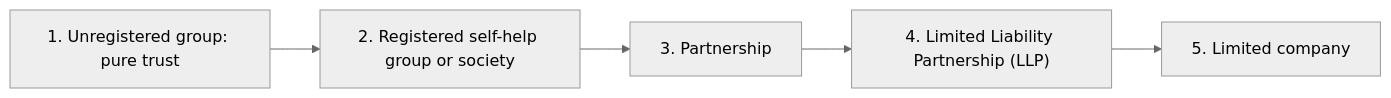
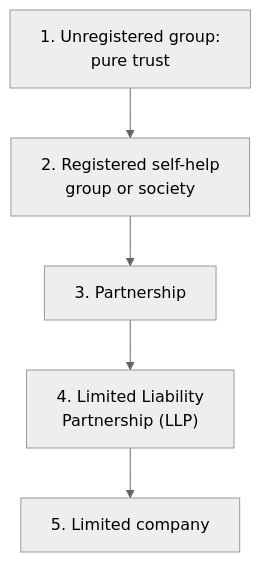
The diagram in Bengula-Jacob/content/investing/complete-chama-guide-kenya.md (bengula/BengulaLive), drawn with Mermaid (neutral theme) before and after one commit. The commit also changed 12 other files, not shown here.

Commit message:
improved mermaid syntax

````diff
--- a/Bengula-Jacob/content/investing/complete-chama-guide-kenya.md
+++ b/Bengula-Jacob/content/investing/complete-chama-guide-kenya.md
@@ -46,7 +46,7 @@
 ```mermaid
-flowchart LR
-  A["1. Unregistered group: pure trust"] --> B["2. Registered self-help group or society"]
+flowchart TD
+  A["1. Unregistered group:<br>pure trust"] --> B["2. Registered self-help<br>group or society"]
   B --> C["3. Partnership"]
-  C --> D["4. Limited Liability Partnership (LLP)"]
+  C --> D["4. Limited Liability<br>Partnership (LLP)"]
   D --> E["5. Limited company"]
 ```
````
